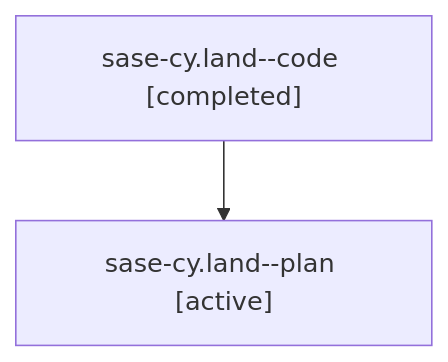
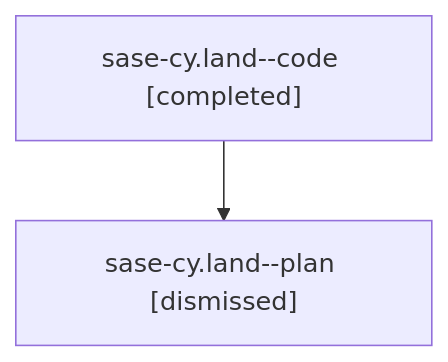
Before and after one commit to sase-org/sase--agents: the diagram in sessions/bbugyi200.athena.sase-cy.land.md, drawn with Mermaid. The commit also changed other lines of this file and 32 other files, not shown here.

````diff
--- a/sessions/bbugyi200.athena.sase-cy.land.md
+++ b/sessions/bbugyi200.athena.sase-cy.land.md
@@ -9,6 +9,6 @@
 ```mermaid
 flowchart TD
   n0["sase-cy.land--code [completed]"]
-  n1["sase-cy.land--plan [active]"]
+  n1["sase-cy.land--plan [dismissed]"]
   n0 --> n1
 ```
````
